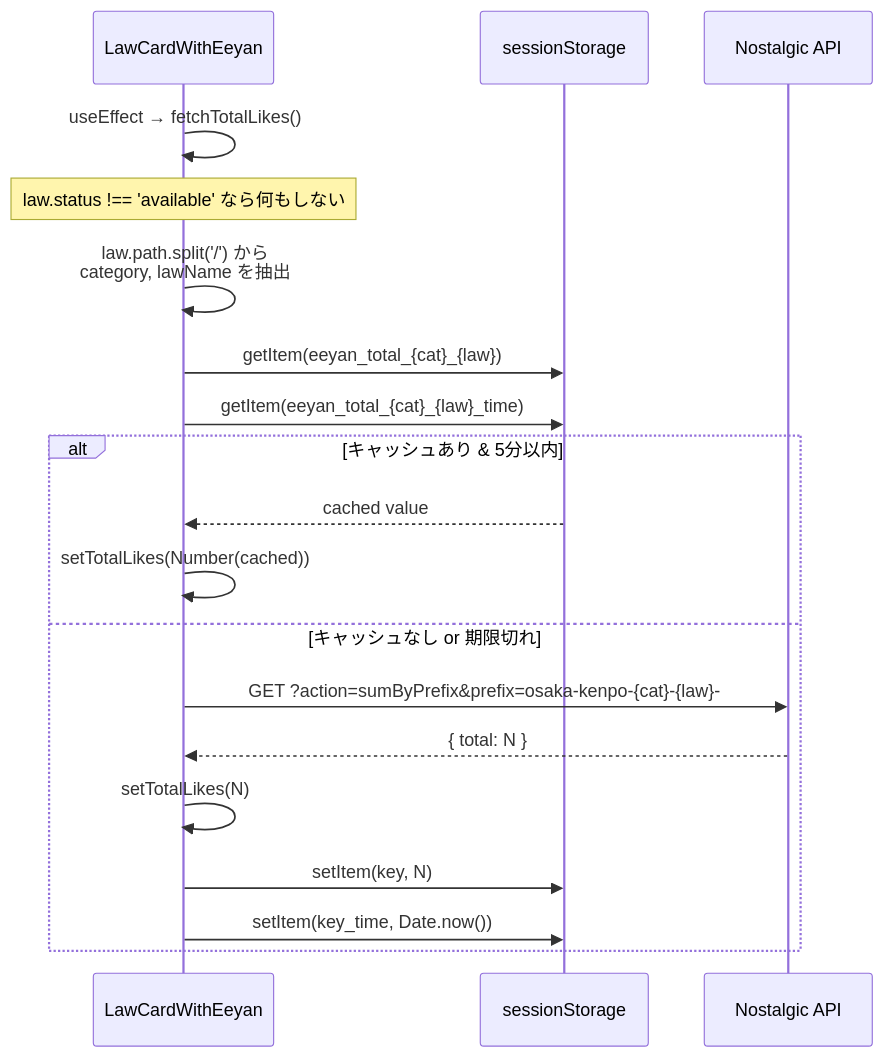
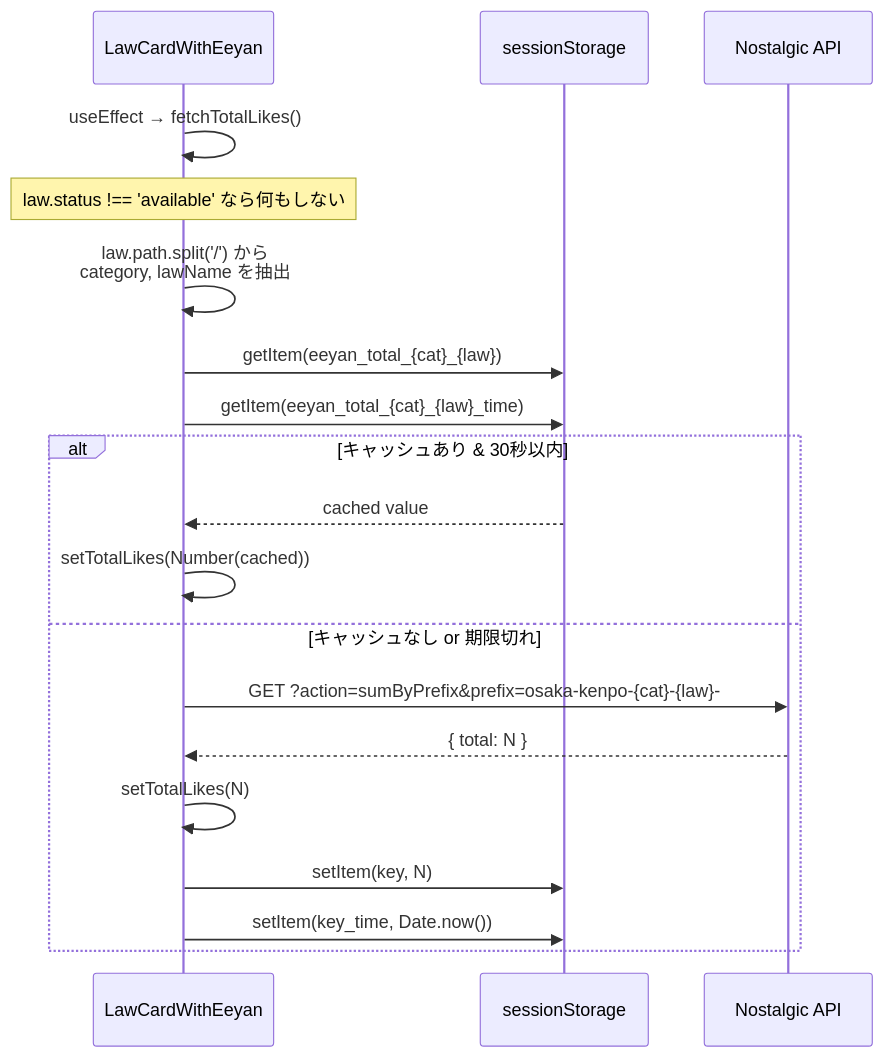
One commit to kako-jun/osaka-kenpo changed the fifth of 7 diagrams in docs/eeyan-spec.md. Above: the diagram before and after it, drawn with Mermaid. The commit also changed other lines of this file and 5 other files, not shown here.

````diff
--- a/docs/eeyan-spec.md
+++ b/docs/eeyan-spec.md
@@ -514,24 +514,24 @@
 ```mermaid
 sequenceDiagram
     participant LCE as LawCardWithEeyan
     participant SS as sessionStorage
     participant NA as Nostalgic API
 
     LCE->>LCE: useEffect → fetchTotalLikes()
     Note over LCE: law.status !== 'available' なら何もしない
 
     LCE->>LCE: law.path.split('/') から<br/>category, lawName を抽出
     LCE->>SS: getItem(eeyan_total_{cat}_{law})
     LCE->>SS: getItem(eeyan_total_{cat}_{law}_time)
 
-    alt キャッシュあり & 5分以内
+    alt キャッシュあり & 30秒以内
         SS-->>LCE: cached value
         LCE->>LCE: setTotalLikes(Number(cached))
     else キャッシュなし or 期限切れ
         LCE->>NA: GET ?action=sumByPrefix&prefix=osaka-kenpo-{cat}-{law}-
         NA-->>LCE: { total: N }
         LCE->>LCE: setTotalLikes(N)
         LCE->>SS: setItem(key, N)
         LCE->>SS: setItem(key_time, Date.now())
     end
 ```
````
